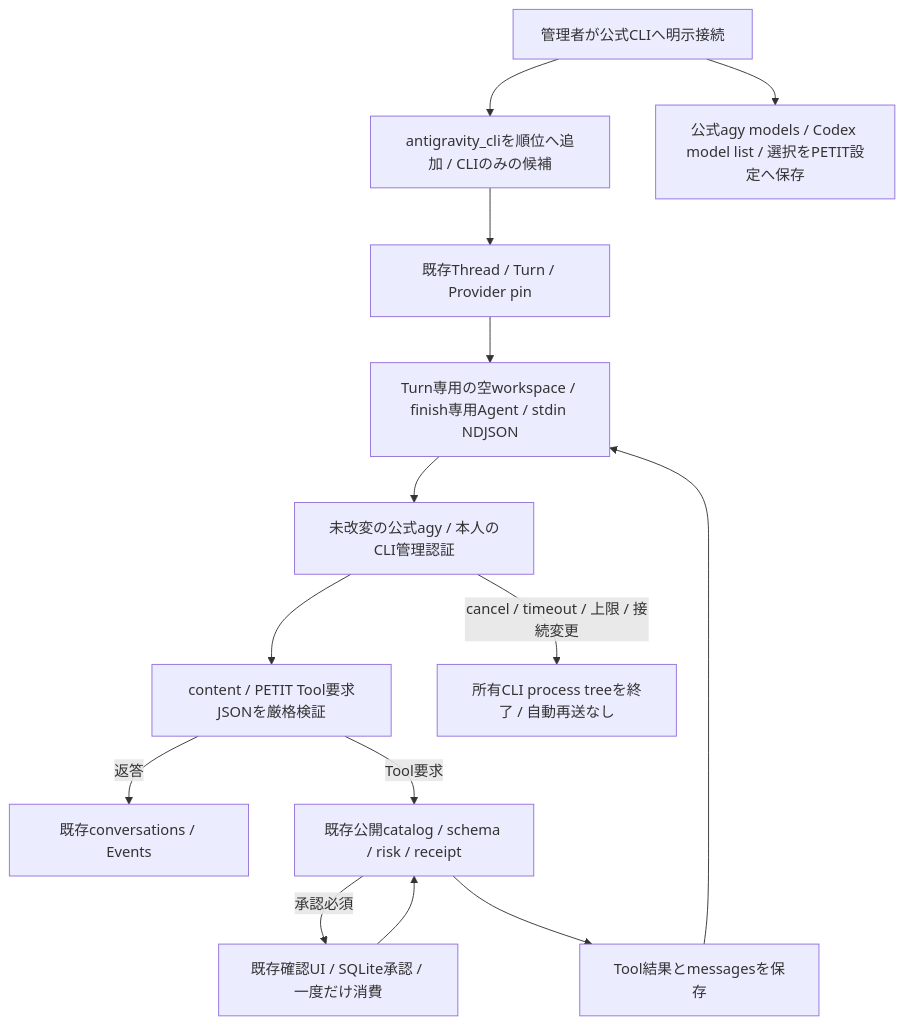
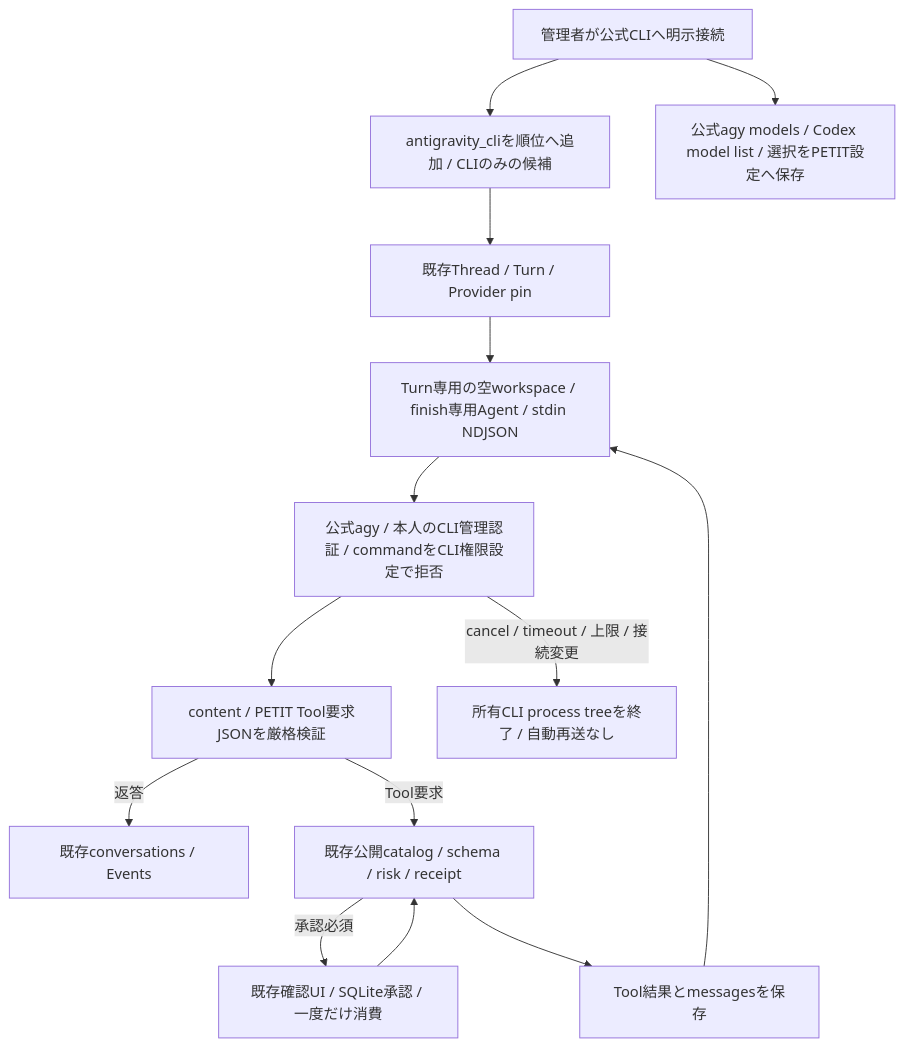
Before and after one commit to Soso2e/PETIT: diagram 22 of 48 in docs/runtime-flows.md, drawn with Mermaid.

Commit message:
docs: Antigravity CLI Brainのコマンド拒否をフローに反映

````diff
--- a/docs/runtime-flows.md
+++ b/docs/runtime-flows.md
@@ -510,16 +510,16 @@
 ```mermaid
 flowchart TD
     Settings[管理者が公式CLIへ明示接続] --> Priority[antigravity_cliを順位へ追加 / CLIのみの候補]
     Settings --> Models[公式agy models / Codex model list / 選択をPETIT設定へ保存]
     Priority --> Turn[既存Thread / Turn / Provider pin]
     Turn --> Step[Turn専用の空workspace / finish専用Agent / stdin NDJSON]
-    Step --> Official[未改変の公式agy / 本人のCLI管理認証]
+    Step --> Official[公式agy / 本人のCLI管理認証 / commandをCLI権限設定で拒否]
     Official --> JSON[content / PETIT Tool要求JSONを厳格検証]
     JSON -->|返答| Save[既存conversations / Events]
     JSON -->|Tool要求| Core[既存公開catalog / schema / risk / receipt]
     Core -->|承認必須| Approval[既存確認UI / SQLite承認 / 一度だけ消費]
     Approval --> Core
     Core --> Result[Tool結果とmessagesを保存]
     Result --> Step
     Official -->|cancel / timeout / 上限 / 接続変更| Stop[所有CLI process treeを終了 / 自動再送なし]
 ```
````
